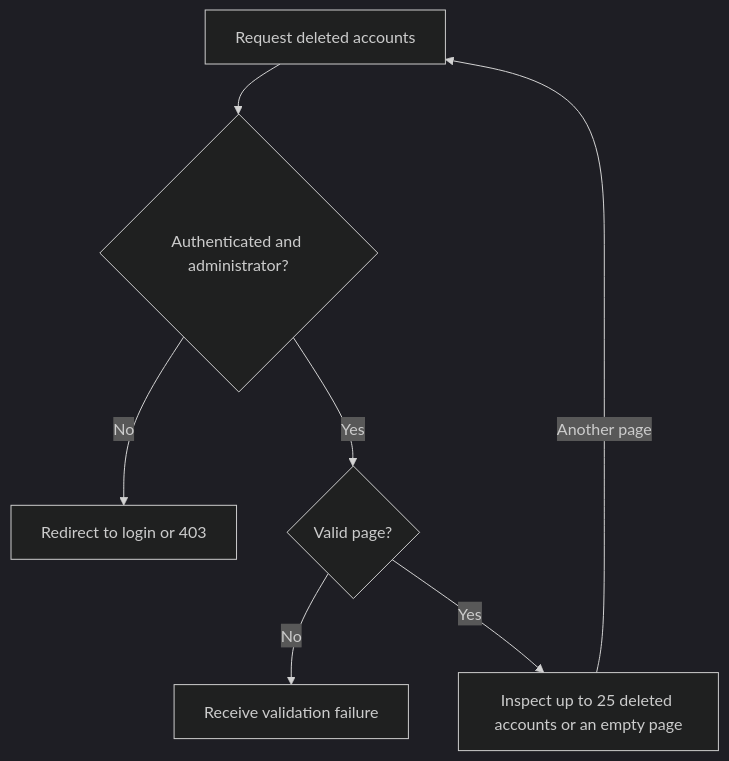
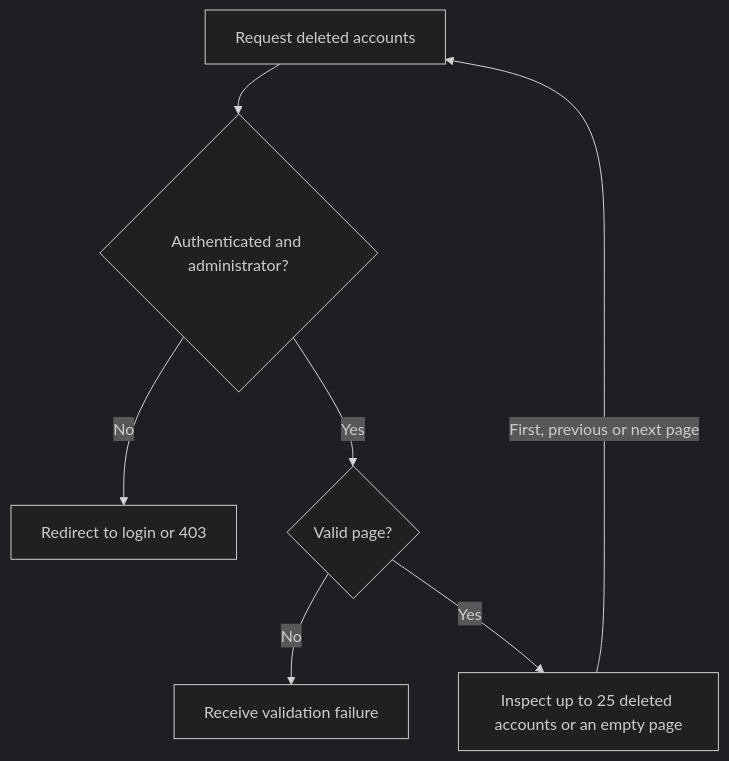
The first of 2 diagrams in user-stories/example-apps/us-demo-12-hypermedia-admin-list.md (Kevinjohn/oss-adonisjs-lucid-soft-delete), drawn with Mermaid (dark theme) before and after one commit. The commit also changed other lines of this file and 9 other files, not shown here.

````diff
--- a/user-stories/example-apps/us-demo-12-hypermedia-admin-list.md
+++ b/user-stories/example-apps/us-demo-12-hypermedia-admin-list.md
@@ -22,9 +22,9 @@
 ```mermaid
 flowchart TD
     A["Request deleted accounts"] --> B{"Authenticated and administrator?"}
     B -->|No| C["Redirect to login or 403"]
     B -->|Yes| D{"Valid page?"}
     D -->|No| E["Receive validation failure"]
     D -->|Yes| F["Inspect up to 25 deleted accounts or an empty page"]
-    F -->|Another page| A
+    F -->|First, previous or next page| A
 ```
````
